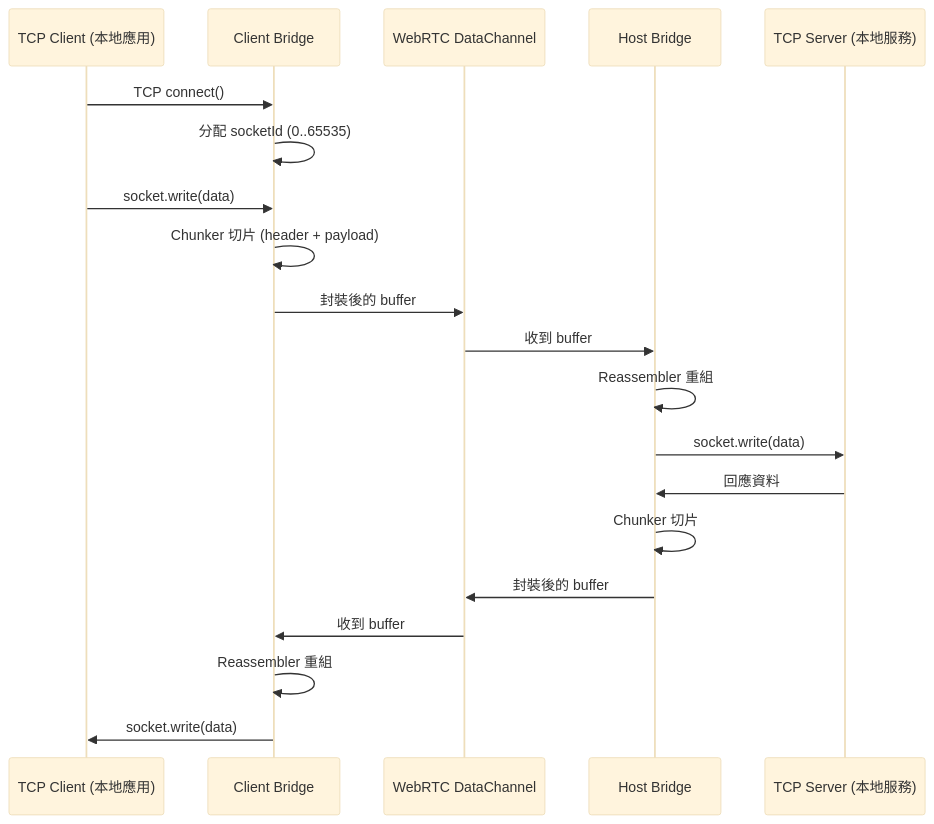
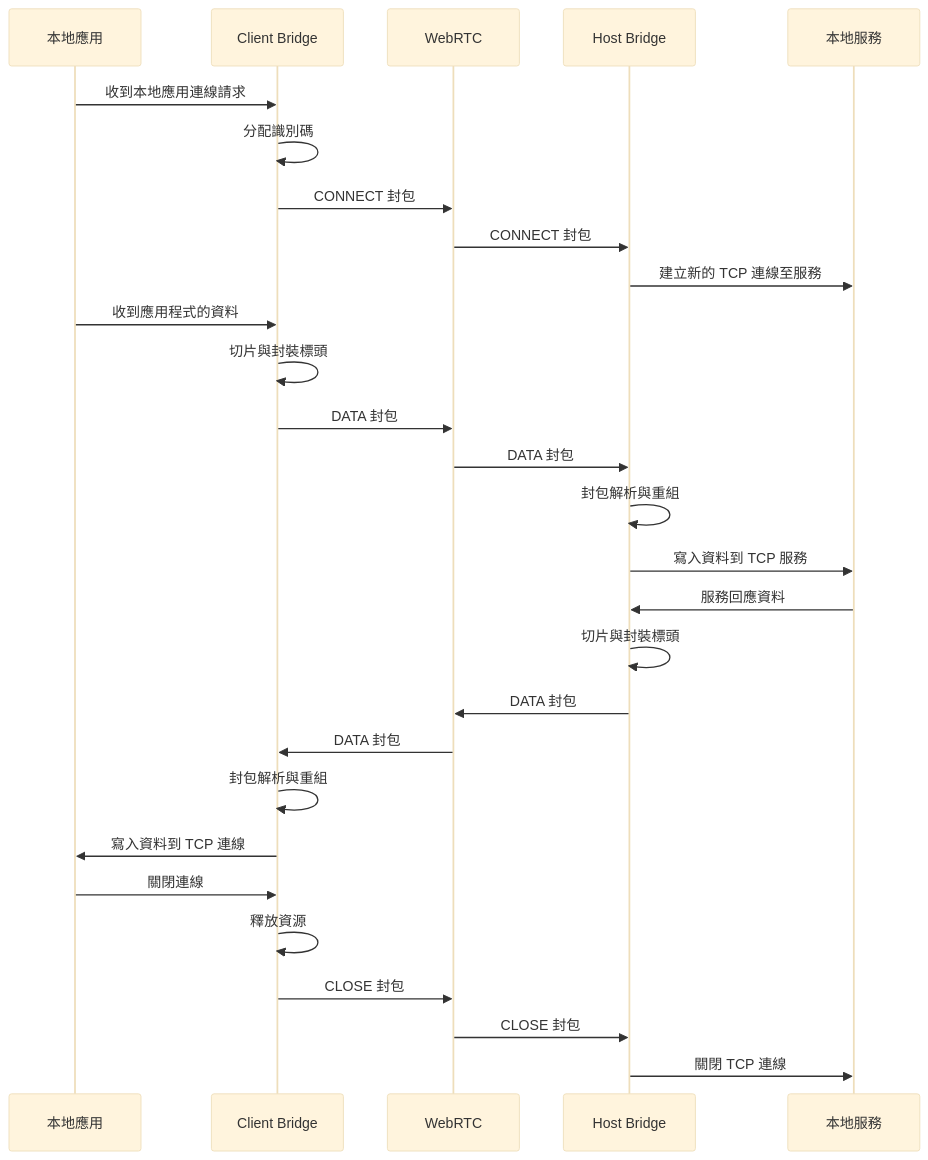
Before and after one commit to 1ureka/1ureka.net.p2p: the diagram in README.md, drawn with Mermaid (base theme). The commit also changed other lines of this file, not shown here.

Commit message:
更新 README，簡化應用資料說明，調整流程圖內容，並修正 WebRTC 模組與 Session API 的描述

````diff
--- a/README.md
+++ b/README.md
@@ -82,25 +82,34 @@
 ```mermaid
 sequenceDiagram
-    participant App as TCP Client (本地應用)
+    participant AP as 本地應用
     participant CB as Client Bridge
-    participant DC as WebRTC DataChannel
+    participant DC as WebRTC
     participant HB as Host Bridge
-    participant Srv as TCP Server (本地服務)
+    participant SR as 本地服務
 
-    App->>CB: TCP connect()
-    CB->>CB: 分配 socketId (0..65535)
-    App->>CB: socket.write(data)
-    CB->>CB: Chunker 切片 (header + payload)
-    CB->>DC: 封裝後的 buffer
+    AP->>CB: 收到本地應用連線請求
+    CB->>CB: 分配識別碼
+    CB->>DC: CONNECT 封包
+    DC->>HB: CONNECT 封包
+    HB->>SR: 建立新的 TCP 連線至服務
 
-    DC->>HB: 收到 buffer
-    HB->>HB: Reassembler 重組
-    HB->>Srv: socket.write(data)
+    AP->>CB: 收到應用程式的資料
+    CB->>CB: 切片與封裝標頭
+    CB->>DC: DATA 封包
+    DC->>HB: DATA 封包
+    HB->>HB: 封包解析與重組
+    HB->>SR: 寫入資料到 TCP 服務
 
-    Srv->>HB: 回應資料
-    HB->>HB: Chunker 切片
-    HB->>DC: 封裝後的 buffer
-    DC->>CB: 收到 buffer
-    CB->>CB: Reassembler 重組
-    CB->>App: socket.write(data)
+    SR->>HB: 服務回應資料
+    HB->>HB: 切片與封裝標頭
+    HB->>DC: DATA 封包
+    DC->>CB: DATA 封包
+    CB->>CB: 封包解析與重組
+    CB->>AP: 寫入資料到 TCP 連線
+
+    AP->>CB: 關閉連線
+    CB->>CB: 釋放資源
+    CB->>DC: CLOSE 封包
+    DC->>HB: CLOSE 封包
+    HB->>SR: 關閉 TCP 連線
 ```
````
